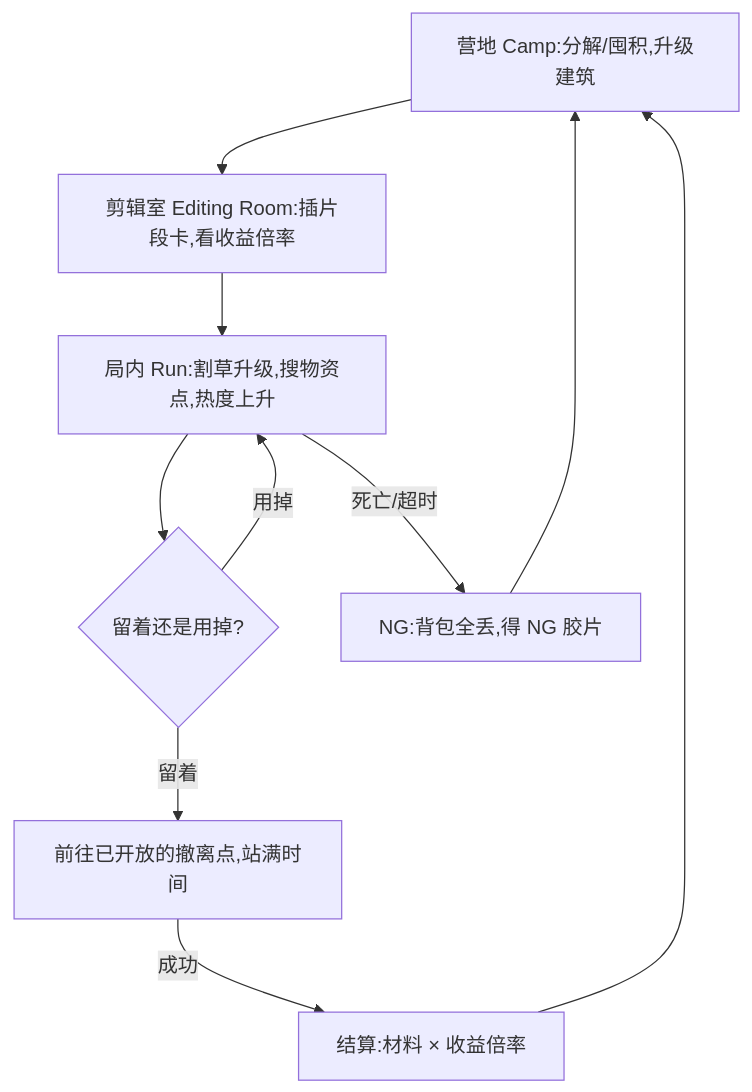
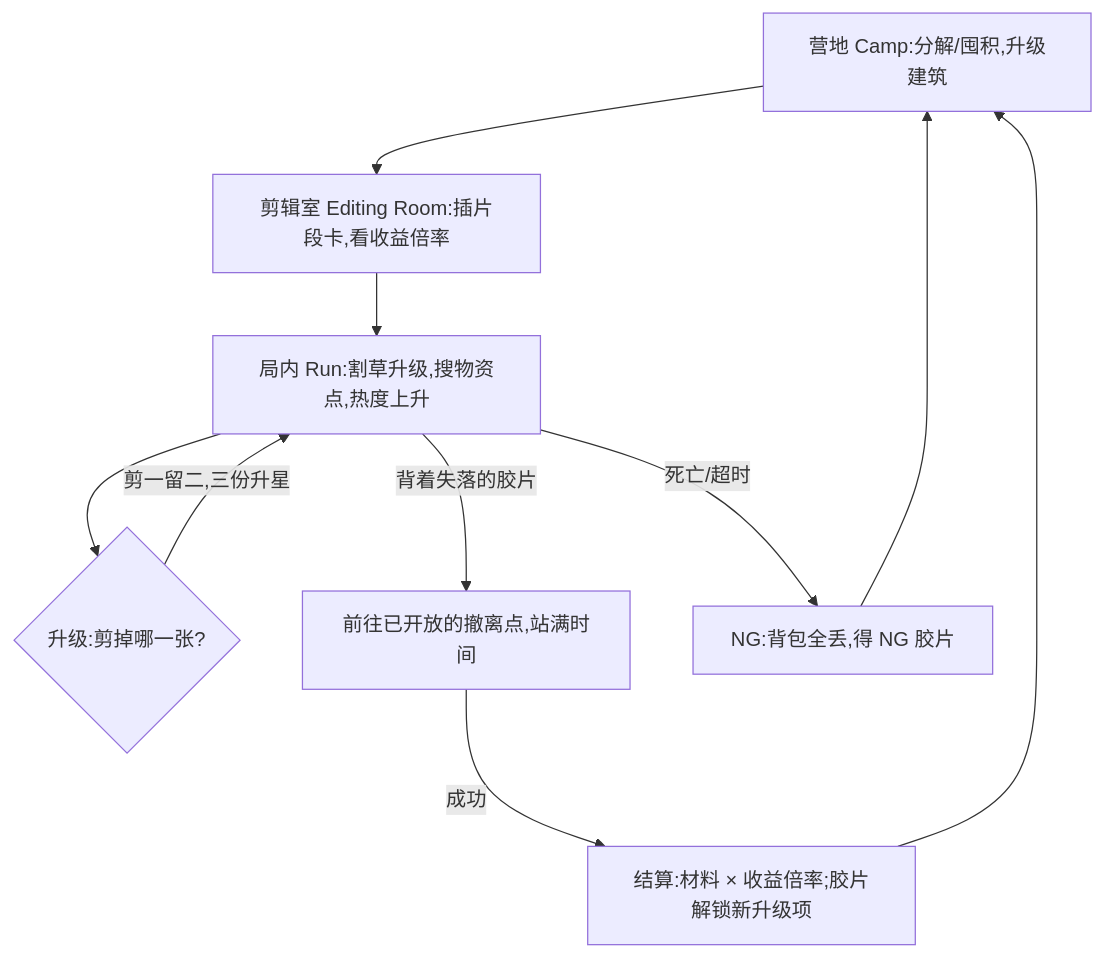
Before and after one commit to Huangyu-Shen/2026-epic-gamejam: the diagram in design/prd/master-prd.md, drawn with Mermaid. The commit also changed other lines of this file and 11 other files, not shown here.

````diff
--- a/design/prd/master-prd.md
+++ b/design/prd/master-prd.md
@@ -29,12 +29,12 @@
 ```mermaid
 flowchart TB
   A[营地 Camp:分解/囤积,升级建筑] --> B[剪辑室 Editing Room:插片段卡,看收益倍率]
   B --> C[局内 Run:割草升级,搜物资点,热度上升]
-  C --> D{留着还是用掉?}
-  D -->|用掉| C
-  D -->|留着| E[前往已开放的撤离点,站满时间]
-  E -->|成功| F[结算:材料 × 收益倍率]
+  C --> D{升级:剪掉哪一张?}
+  D -->|剪一留二,三份升星| C
+  C -->|背着失落的胶片| E[前往已开放的撤离点,站满时间]
+  E -->|成功| F[结算:材料 × 收益倍率;胶片解锁新升级项]
   C -->|死亡/超时| G[NG:背包全丢,得 NG 胶片]
   F --> A
   G --> A
 ```
````
